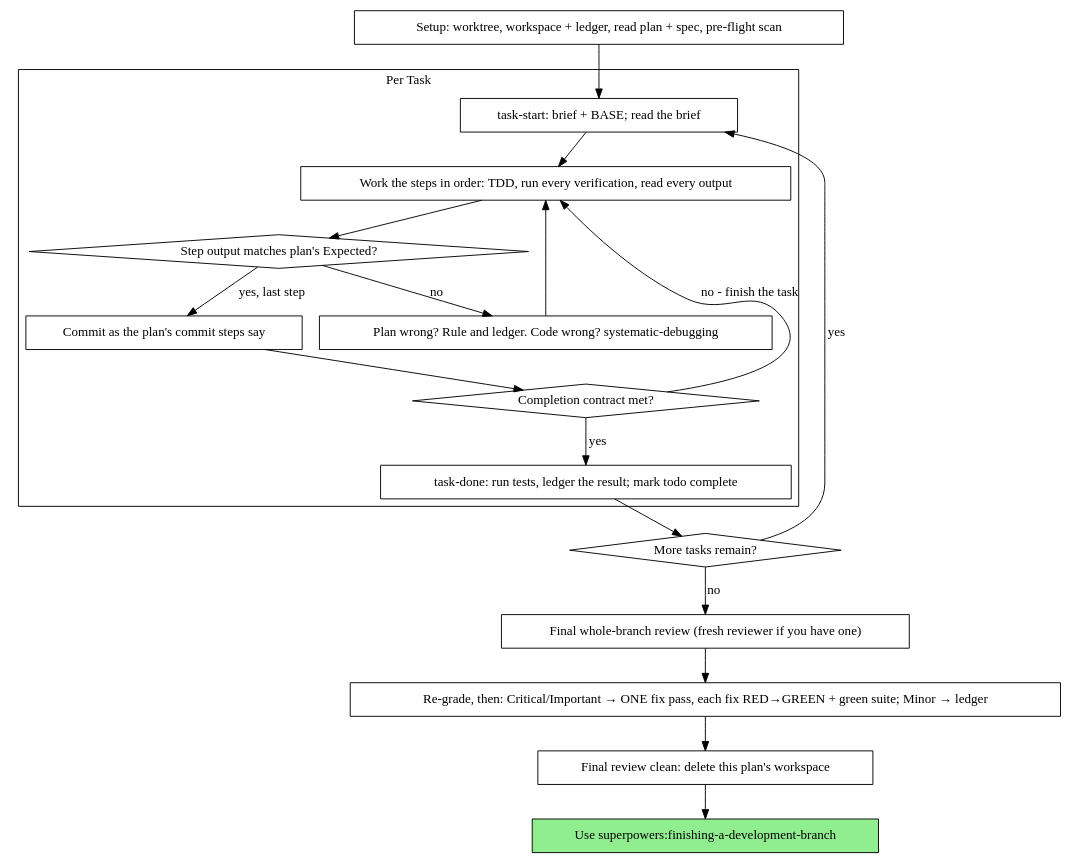
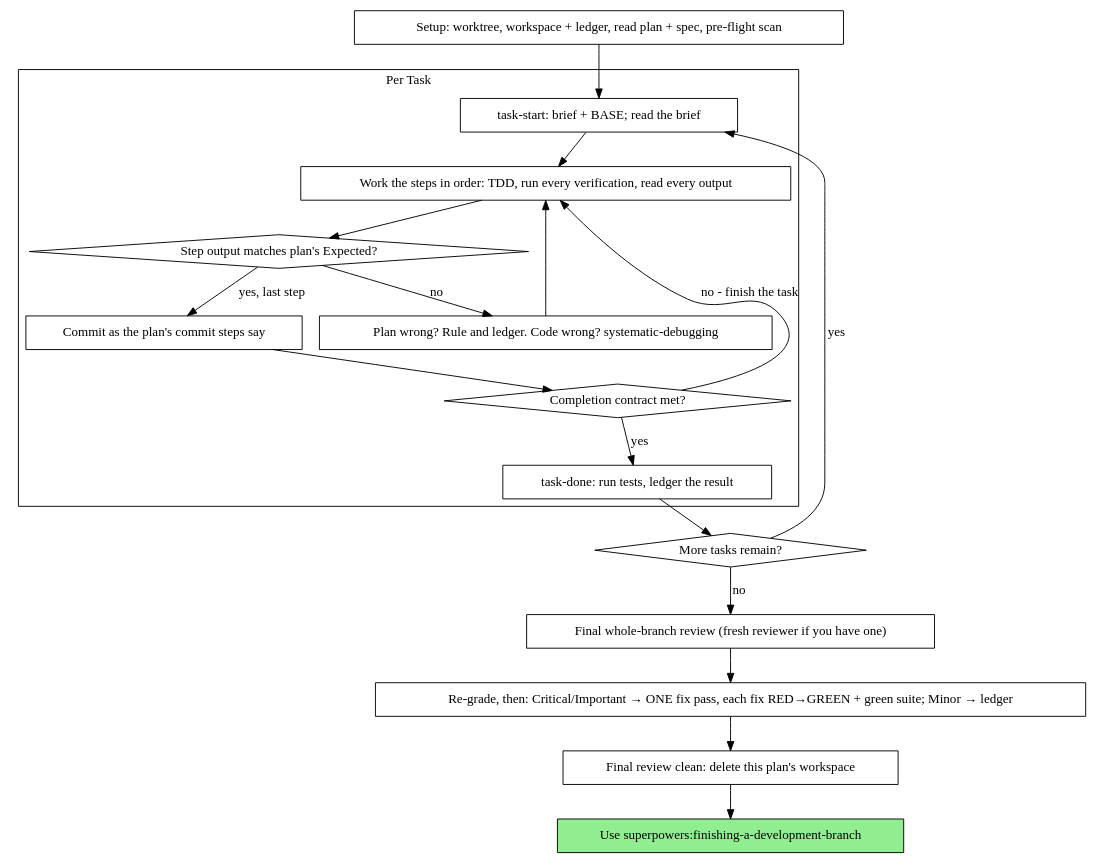
Before and after one commit to cuongnbms/superpowers: the diagram in skills/executing-plans/SKILL.md, drawn with Graphviz. The commit also changed other lines of this file and 10 other files, not shown here.

````diff
--- a/skills/executing-plans/SKILL.md
+++ b/skills/executing-plans/SKILL.md
@@ -80,39 +80,39 @@
 ```dot
 digraph process {
     rankdir=TB;
 
     subgraph cluster_per_task {
         label="Per Task";
         "task-start: brief + BASE; read the brief" [shape=box];
         "Work the steps in order: TDD, run every verification, read every output" [shape=box];
         "Step output matches plan's Expected?" [shape=diamond];
         "Plan wrong? Rule and ledger. Code wrong? systematic-debugging" [shape=box];
         "Commit as the plan's commit steps say" [shape=box];
         "Completion contract met?" [shape=diamond];
-        "task-done: run tests, ledger the result; mark todo complete" [shape=box];
+        "task-done: run tests, ledger the result" [shape=box];
     }
 
     "Setup: worktree, workspace + ledger, read plan + spec, pre-flight scan" [shape=box];
     "More tasks remain?" [shape=diamond];
     "Final whole-branch review (fresh reviewer if you have one)" [shape=box];
     "Re-grade, then: Critical/Important → ONE fix pass, each fix RED→GREEN + green suite; Minor → ledger" [shape=box];
     "Final review clean: delete this plan's workspace" [shape=box];
     "Use superpowers:finishing-a-development-branch" [shape=box style=filled fillcolor=lightgreen];
 
     "Setup: worktree, workspace + ledger, read plan + spec, pre-flight scan" -> "task-start: brief + BASE; read the brief";
     "task-start: brief + BASE; read the brief" -> "Work the steps in order: TDD, run every verification, read every output";
     "Work the steps in order: TDD, run every verification, read every output" -> "Step output matches plan's Expected?";
     "Step output matches plan's Expected?" -> "Plan wrong? Rule and ledger. Code wrong? systematic-debugging" [label="no"];
     "Plan wrong? Rule and ledger. Code wrong? systematic-debugging" -> "Work the steps in order: TDD, run every verification, read every output";
     "Step output matches plan's Expected?" -> "Commit as the plan's commit steps say" [label="yes, last step"];
     "Commit as the plan's commit steps say" -> "Completion contract met?";
     "Completion contract met?" -> "Work the steps in order: TDD, run every verification, read every output" [label="no - finish the task"];
-    "Completion contract met?" -> "task-done: run tests, ledger the result; mark todo complete" [label="yes"];
-    "task-done: run tests, ledger the result; mark todo complete" -> "More tasks remain?";
+    "Completion contract met?" -> "task-done: run tests, ledger the result" [label="yes"];
+    "task-done: run tests, ledger the result" -> "More tasks remain?";
     "More tasks remain?" -> "task-start: brief + BASE; read the brief" [label="yes"];
     "More tasks remain?" -> "Final whole-branch review (fresh reviewer if you have one)" [label="no"];
     "Final whole-branch review (fresh reviewer if you have one)" -> "Re-grade, then: Critical/Important → ONE fix pass, each fix RED→GREEN + green suite; Minor → ledger";
     "Re-grade, then: Critical/Important → ONE fix pass, each fix RED→GREEN + green suite; Minor → ledger" -> "Final review clean: delete this plan's workspace";
     "Final review clean: delete this plan's workspace" -> "Use superpowers:finishing-a-development-branch";
 }
 ```
````
